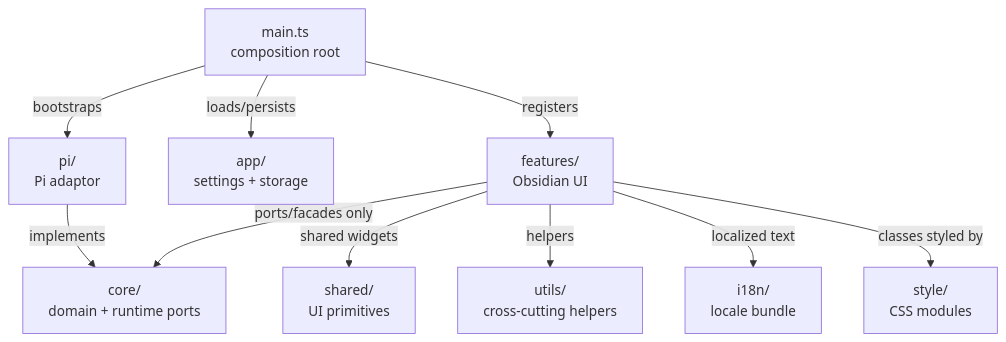
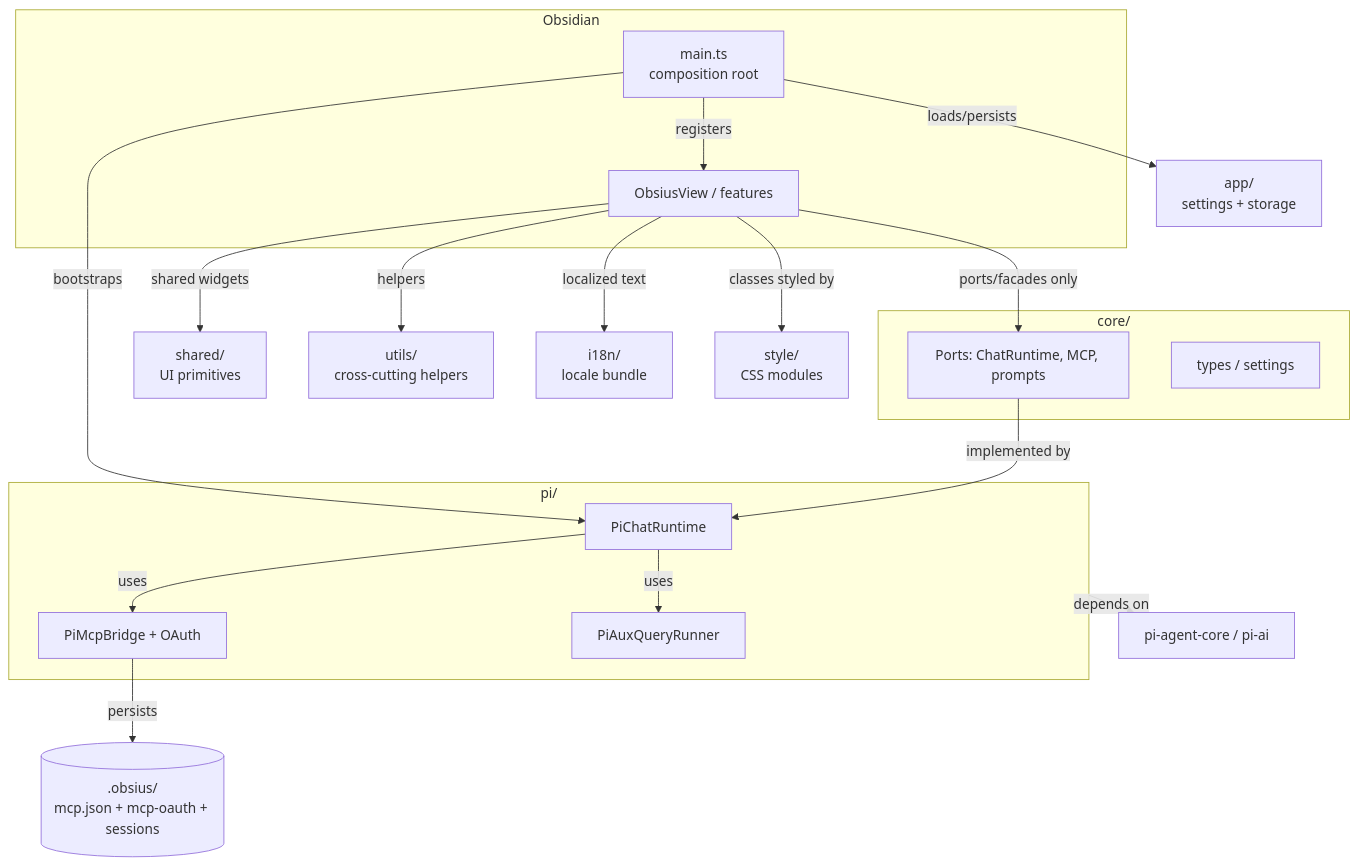
Before and after one commit to shuuul/obsidian-pivi: the first of 2 diagrams in src/AGENTS.md, drawn with Mermaid. The commit also changed other lines of this file and 59 other files, not shown here.

First line of the commit message:
docs: refresh project context and architecture notes

````diff
--- a/src/AGENTS.md
+++ b/src/AGENTS.md
@@ -7,12 +7,39 @@
 ```mermaid
-flowchart TD
-  Main["main.ts<br/>composition root"] -- "bootstraps" --> Pi["pi/<br/>Pi adaptor"]
-  Main -- "loads/persists" --> App["app/<br/>settings + storage"]
-  Main -- "registers" --> Features["features/<br/>Obsidian UI"]
-  Features -- "ports/facades only" --> Core["core/<br/>domain + runtime ports"]
-  Pi -- "implements" --> Core
-  Features -- "shared widgets" --> Shared["shared/<br/>UI primitives"]
-  Features -- "helpers" --> Utils["utils/<br/>cross-cutting helpers"]
-  Features -- "localized text" --> I18n["i18n/<br/>locale bundle"]
-  Features -- "classes styled by" --> Style["style/<br/>CSS modules"]
+flowchart TB
+  subgraph Obsidian["Obsidian"]
+    Main["main.ts<br/>composition root"]
+    View["ObsiusView / features"]
+  end
+
+  subgraph Core["core/"]
+    Ports["Ports: ChatRuntime, MCP, prompts"]
+    Types["types / settings"]
+  end
+
+  subgraph Pi["pi/"]
+    Runtime["PiChatRuntime"]
+    MCP["PiMcpBridge + OAuth"]
+    Aux["PiAuxQueryRunner"]
+  end
+
+  Vault[(".obsius/<br/>mcp.json + mcp-oauth + sessions")]
+  App["app/<br/>settings + storage"]
+  Shared["shared/<br/>UI primitives"]
+  Utils["utils/<br/>cross-cutting helpers"]
+  I18n["i18n/<br/>locale bundle"]
+  Style["style/<br/>CSS modules"]
+
+  Main -- "registers" --> View
+  Main -- "loads/persists" --> App
+  Main -- "bootstraps" --> Runtime
+  View -- "ports/facades only" --> Ports
+  View -- "shared widgets" --> Shared
+  View -- "helpers" --> Utils
+  View -- "localized text" --> I18n
+  View -- "classes styled by" --> Style
+  Ports -- "implemented by" --> Runtime
+  Runtime -- "uses" --> MCP
+  MCP -- "persists" --> Vault
+  Runtime -- "uses" --> Aux
+  Pi -- "depends on" --> PiSDK["pi-agent-core / pi-ai"]
 ```
````
